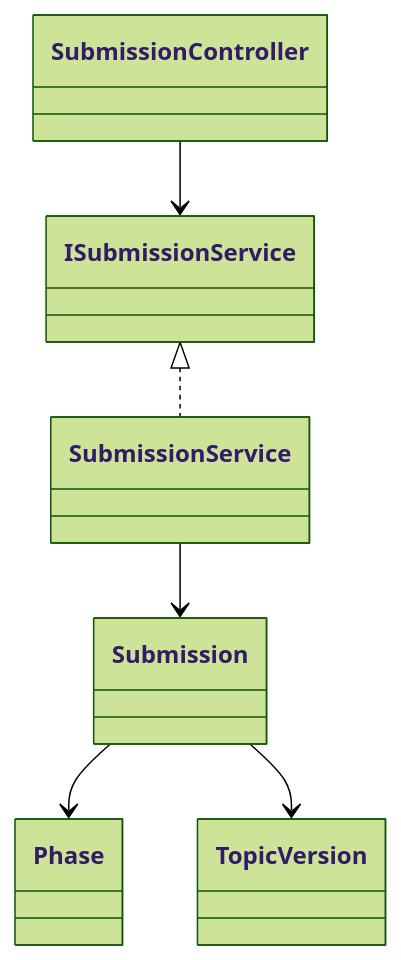
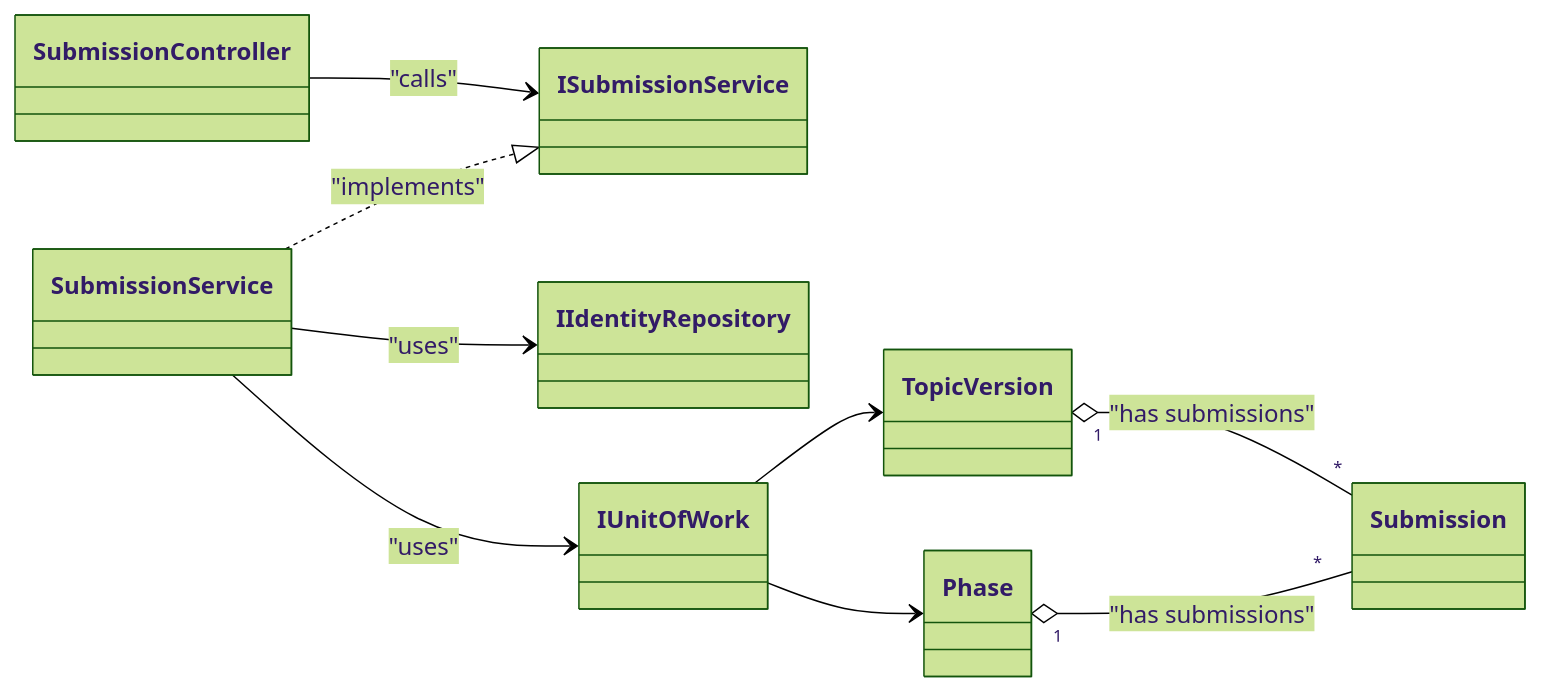
The diagram in Diagram/06_Submission/class.mermaid (CapBotAI/CBAI_API), drawn with Mermaid (forest theme) before and after one commit. The commit also changed 10 other files, not shown here.

Commit message:
Refactor diagrams for TopicVersion, Submission, ReviewerSuggestion, ReviewerAssignment, and Review modules

```diff
--- a/Diagram/06_Submission/class.mermaid
+++ b/Diagram/06_Submission/class.mermaid
@@ -1,13 +1,30 @@
 classDiagram
+    direction LR
+
+    %% Controller layer
     class SubmissionController
+
+    %% Service interface and implementation
     class ISubmissionService
     class SubmissionService
+    SubmissionController --> ISubmissionService : "calls"
+    SubmissionService ..|> ISubmissionService : "implements"
+
+    %% Dependencies
+    class IIdentityRepository
+    class IUnitOfWork
+    SubmissionService --> IIdentityRepository : "uses"
+    SubmissionService --> IUnitOfWork : "uses"
+
+    %% Entities
     class Submission
+    class TopicVersion
     class Phase
-    class TopicVersion
 
-    SubmissionController --> ISubmissionService
-    ISubmissionService <|.. SubmissionService
-    SubmissionService --> Submission
-    Submission --> Phase
-    Submission --> TopicVersion
+    %% IUnitOfWork provides access to entity repositories
+    IUnitOfWork --> TopicVersion
+    IUnitOfWork --> Phase
+
+    %% Aggregation entity relationships (no duplicate arrows)
+    TopicVersion "1" o-- "*" Submission : "has submissions"
+    Phase "1" o-- "*" Submission : "has submissions"
```
